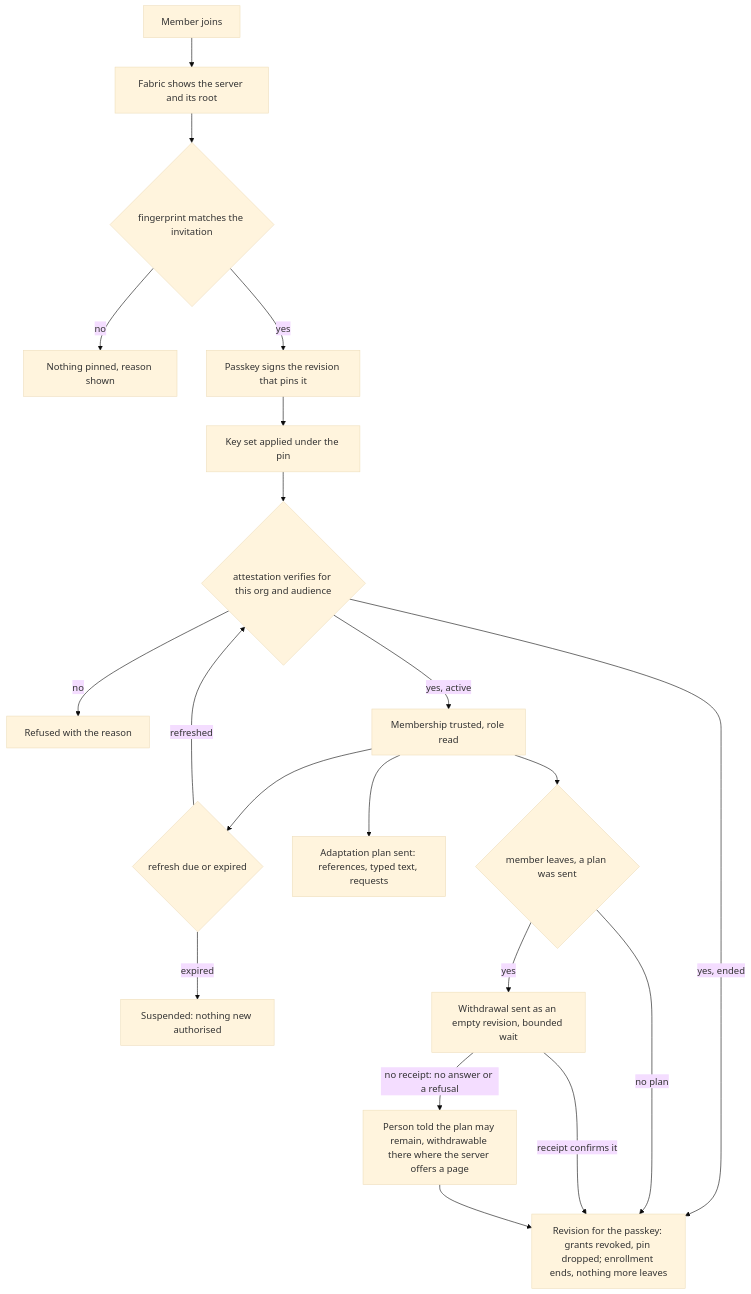
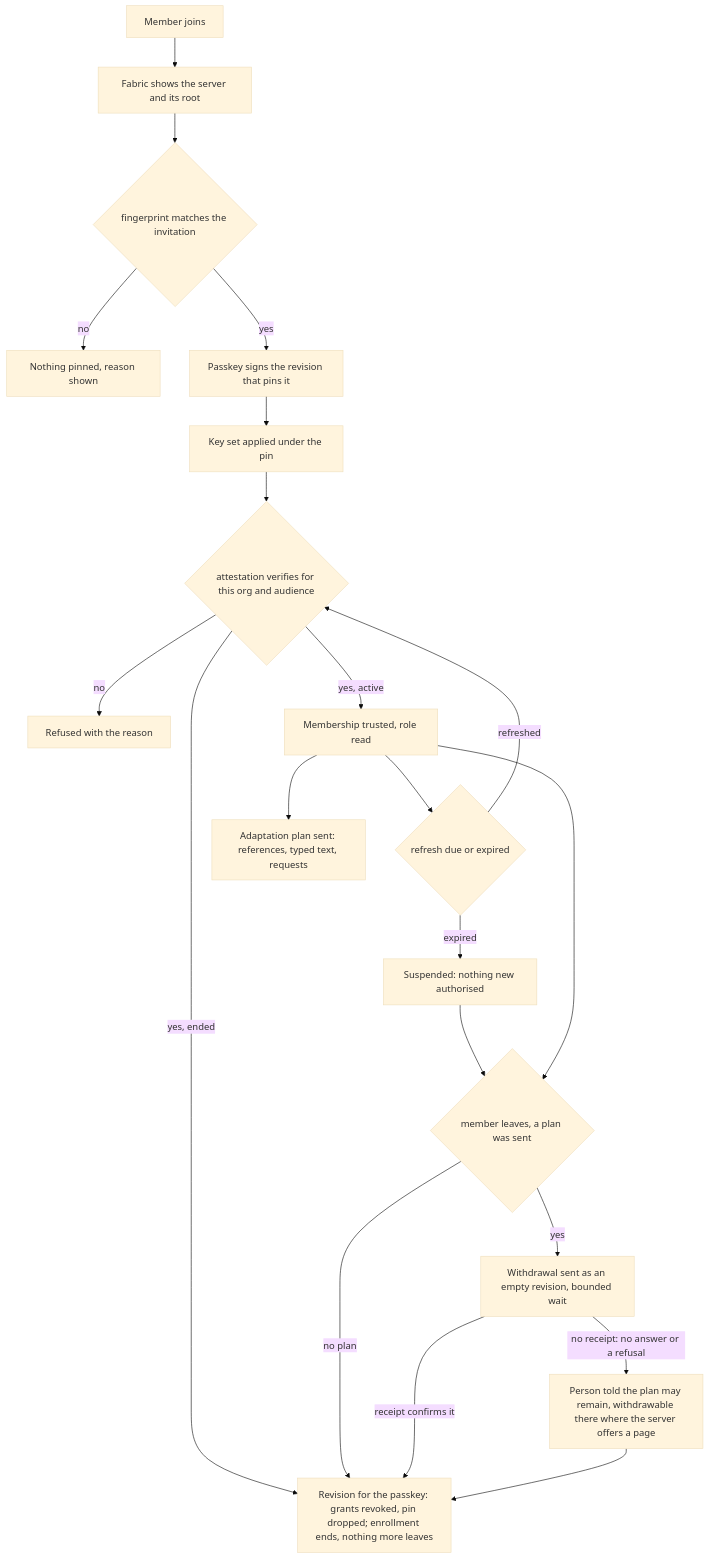
Before and after one commit to passioncode-ai/fabric-agent-contract: diagram 32 of 32 in docs/ux/flows.md, drawn with Mermaid (base theme). The commit also changed 11 other files, not shown here.

````diff
--- a/docs/ux/flows.md
+++ b/docs/ux/flows.md
@@ -805,22 +805,23 @@
 ```mermaid
 flowchart TD
   J[Member joins] --> P[Fabric shows the server and its root]
   P --> C{fingerprint matches the invitation}
   C -->|no| N[Nothing pinned, reason shown]
   C -->|yes| S[Passkey signs the revision that pins it]
   S --> K[Key set applied under the pin]
   K --> A{attestation verifies for this org and audience}
   A -->|no| R[Refused with the reason]
   A -->|yes, active| T[Membership trusted, role read]
   A -->|yes, ended| E[Revision for the passkey: grants revoked, pin dropped; enrollment ends, nothing more leaves]
   T --> F{refresh due or expired}
   F -->|refreshed| A
   F -->|expired| U[Suspended: nothing new authorised]
+  U --> L
   T --> D[Adaptation plan sent: references, typed text, requests]
   T --> L{member leaves, a plan was sent}
   L -->|no plan| E
   L -->|yes| W[Withdrawal sent as an empty revision, bounded wait]
   W -->|receipt confirms it| E
   W -->|no receipt: no answer or a refusal| M[Person told the plan may remain, withdrawable there where the server offers a page]
   M --> E
 ```
````
